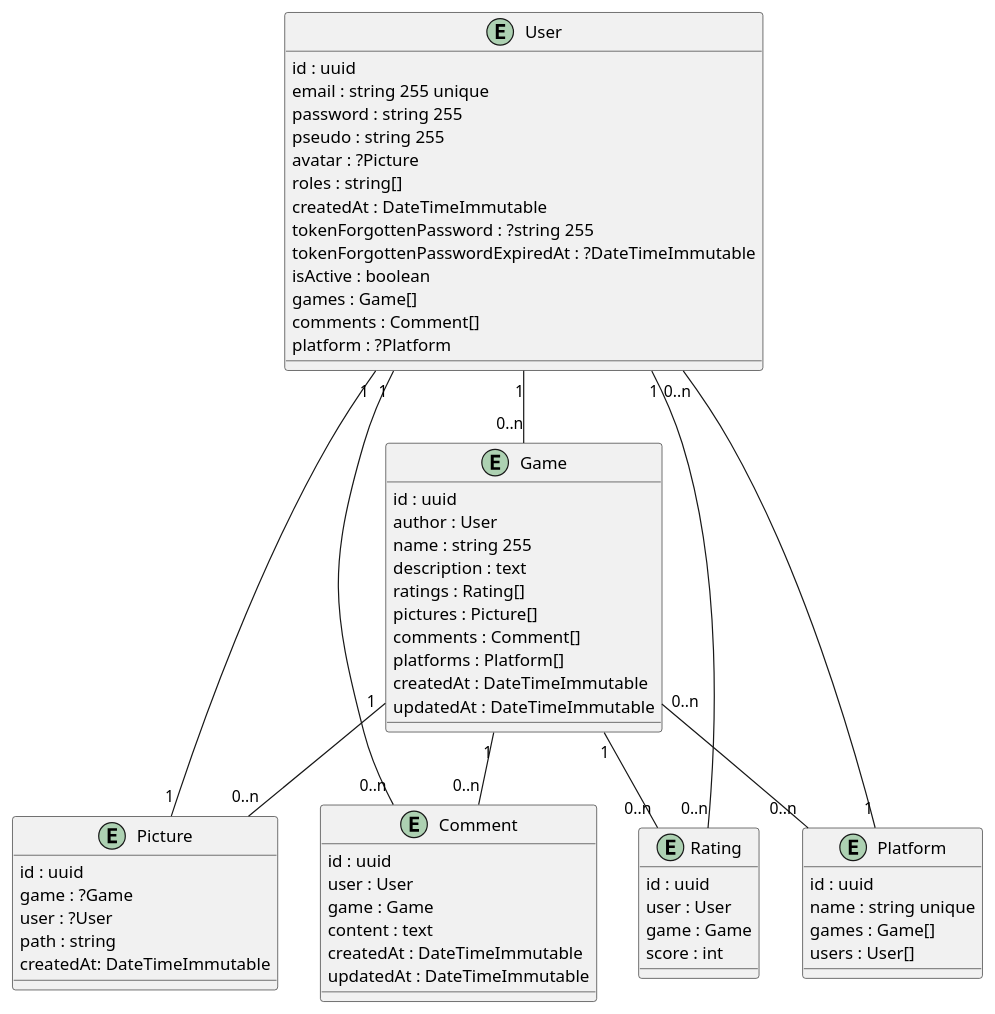
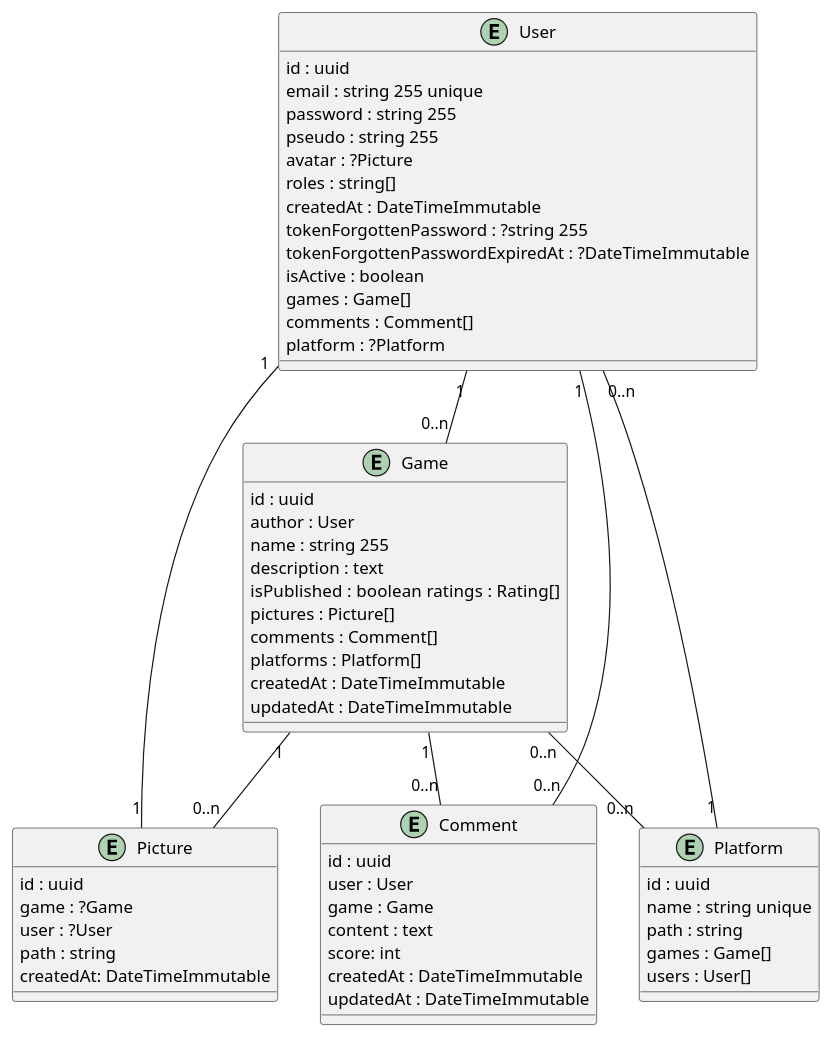
Before and after one commit to MH-DevApp/symf-oc-project: the diagram in db.plantuml, drawn with PlantUML. The commit also changed 169 other files, not shown here.

```diff
--- a/db.plantuml
+++ b/db.plantuml
@@ -1,82 +1,73 @@
 @startuml DB
 
 entity User
 {
   {field} id : uuid
   {field} email : string 255 unique
   {field} password : string 255
   {field} pseudo : string 255
   {field} avatar : ?Picture
   {field} roles : string[]
   {field} createdAt : DateTimeImmutable
   {field} tokenForgottenPassword : ?string 255
   {field} tokenForgottenPasswordExpiredAt : ?DateTimeImmutable
   {field} isActive : boolean
   {field} games : Game[]
   {field} comments : Comment[]
   {field} platform : ?Platform
 }
 
 entity Game
 {
   {field} id : uuid
   {field} author : User
   {field} name : string 255
   {field} description : text
-  {field} ratings : Rating[]
+  {field} isPublished : boolean  {field} ratings : Rating[]
   {field} pictures : Picture[]
   {field} comments : Comment[]
   {field} platforms : Platform[]
   {field} createdAt : DateTimeImmutable
   {field} updatedAt : DateTimeImmutable
 }
 
 entity Picture
 {
   {field} id : uuid
   {field} game : ?Game
   {field} user : ?User
   {field} path : string
   {field} createdAt: DateTimeImmutable
 }
 
 entity Comment
 {
   {field} id : uuid
   {field} user : User
   {field} game : Game
   {field} content : text
+  {field} score: int
   {field} createdAt : DateTimeImmutable
   {field} updatedAt : DateTimeImmutable
-}
-
-entity Rating
-{
-  {field} id : uuid
-  {field} user : User
-  {field} game : Game
-  {field} score : int
 }
 
 entity Platform
 {
   {field} id : uuid
   {field} name : string unique
+  {field} path : string
   {field} games : Game[]
   {field} users : User[]
 }
 
 User "1" -- "0..n" Game
 User "1" -- "0..n" Comment
 User "1" -- "1" Picture
 
 Game "1" -- "0..n" Picture
 Game "1" -- "0..n" Comment
-Game "1" -- "0..n" Rating
 Game "0..n" -- "0..n" Platform
-
-Rating "0..n" -- "1" User
 
 Platform "1" -- "0..n" User
 
 @enduml
```
